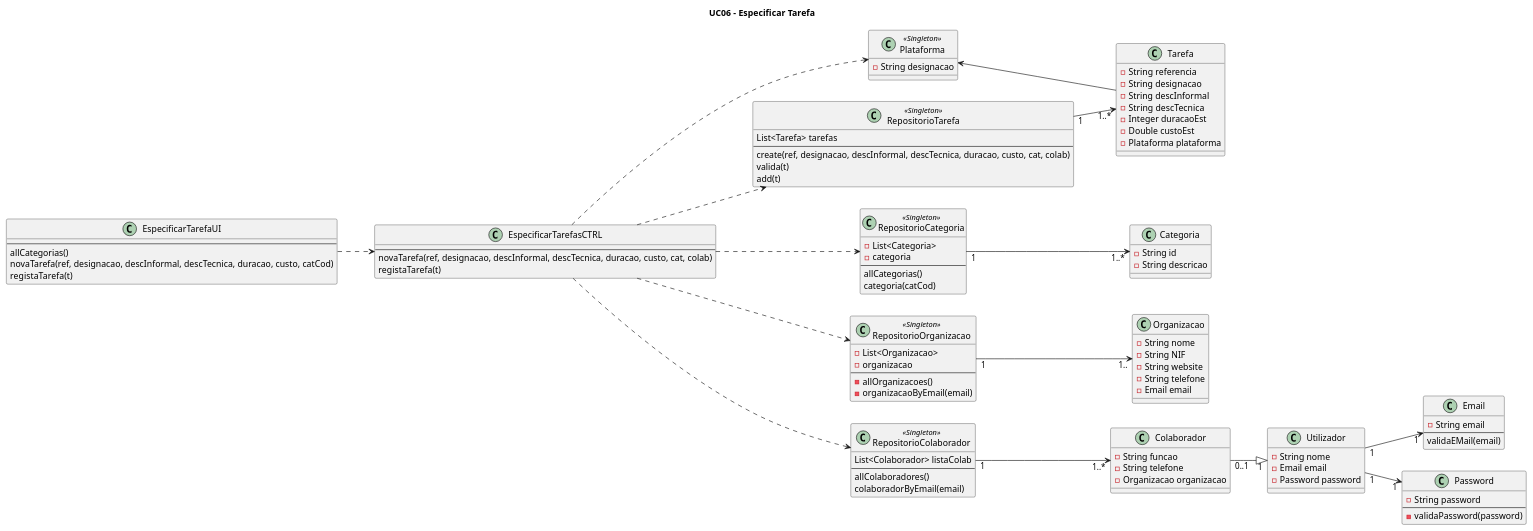
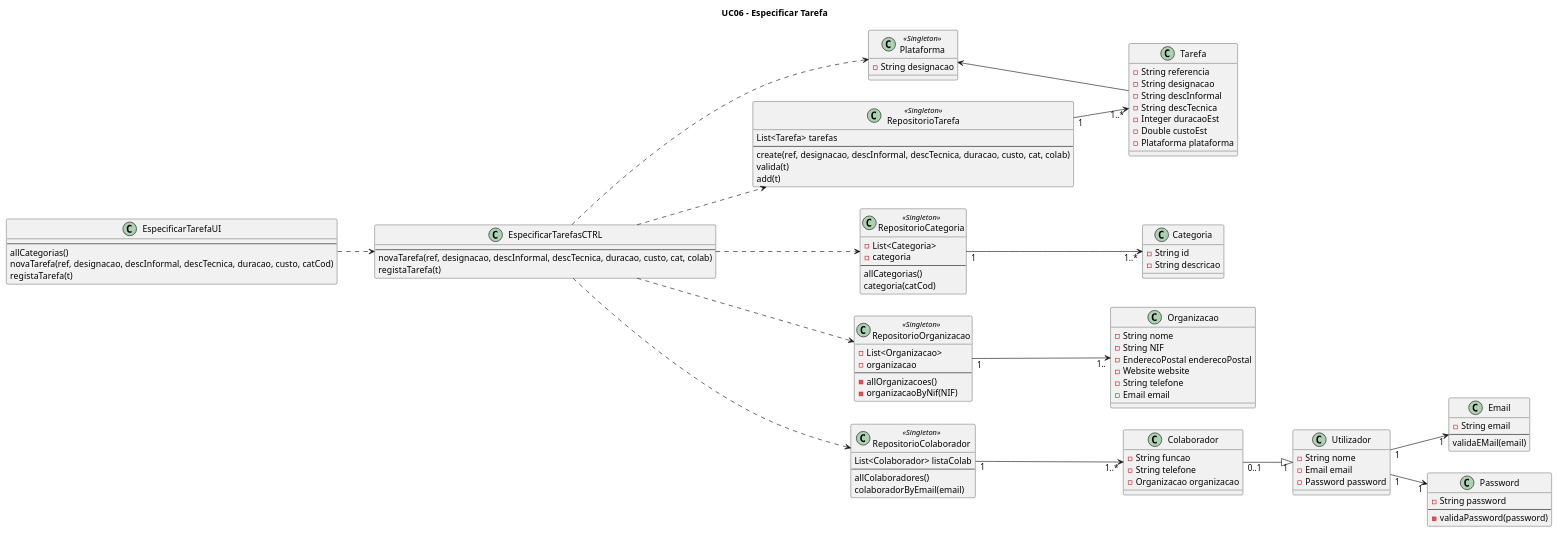
The diagram in Sprint 2 - Documentação/UC06_Especificar_Tarefa/UC06_Especificar_Tarefa_Diagrama_Classes.puml (blestonbandeiraUPSKILL/upskill_java1_labprg_grupo2), drawn with PlantUML before and after one commit. The commit also changed 1 other file, not shown here.

```diff
--- a/Sprint 2 - Documentação/UC06_Especificar_Tarefa/UC06_Especificar_Tarefa_Diagrama_Classes.puml
+++ b/Sprint 2 - Documentação/UC06_Especificar_Tarefa/UC06_Especificar_Tarefa_Diagrama_Classes.puml
@@ -1,116 +1,117 @@
 @startuml
 
 title UC06 - Especificar Tarefa
 left to right direction
 
 class Plataforma <<Singleton>> {
     -String designacao
 }
 
 class EspecificarTarefaUI {
     --
     allCategorias()
     novaTarefa(ref, designacao, descInformal, descTecnica, duracao, custo, catCod)
     registaTarefa(t)
 }
 
 class EspecificarTarefasCTRL {
     --
     novaTarefa(ref, designacao, descInformal, descTecnica, duracao, custo, cat, colab)
     registaTarefa(t)
 }
 
 class RepositorioTarefa <<Singleton>> {
     List<Tarefa> tarefas
     --
     create(ref, designacao, descInformal, descTecnica, duracao, custo, cat, colab)
     valida(t)
     add(t)
 }
 
 class RepositorioCategoria <<Singleton>>{
     -List<Categoria>
     -categoria
     --
     allCategorias()
     categoria(catCod)
 }
 
 class RepositorioOrganizacao <<Singleton>> {
     -List<Organizacao>
     -organizacao
     --
     -allOrganizacoes()
-    -organizacaoByEmail(email)
+    -organizacaoByNif(NIF)
 }
 
 class RepositorioColaborador <<Singleton>> {
     List<Colaborador> listaColab
     --
     allColaboradores()
     colaboradorByEmail(email)
 }
 
 class Organizacao {
     -String nome
     -String NIF
-    -String website
+    -EnderecoPostal enderecoPostal
+    -Website website
     -String telefone
     -Email email
 }
 
 class Colaborador {
     -String funcao
     -String telefone
     -Organizacao organizacao
 }
 
 class Tarefa {
     -String referencia
     -String designacao
     -String descInformal
     -String descTecnica
     -Integer duracaoEst
     -Double custoEst
     -Plataforma plataforma
 }
 
 class Utilizador {
     -String nome
     -Email email
     -Password password
 }
 
 class Categoria {
     -String id
     -String descricao
 }
 
 class Email {
     -String email
     --
     validaEMail(email)
 }
 
 class Password {
     -String password
     --
     -validaPassword(password)
 }
 
 Colaborador"0..1" --|> "1"Utilizador
 EspecificarTarefaUI ..> EspecificarTarefasCTRL
 EspecificarTarefasCTRL ..> Plataforma
 EspecificarTarefasCTRL ..> RepositorioCategoria
 EspecificarTarefasCTRL ..> RepositorioTarefa
 EspecificarTarefasCTRL ..> RepositorioOrganizacao
 RepositorioOrganizacao"1" --> "1.."Organizacao
 EspecificarTarefasCTRL ..> RepositorioColaborador
 RepositorioColaborador"1" --> "1..*"Colaborador
 RepositorioTarefa"1" --> "1..*"Tarefa
 RepositorioCategoria"1" --> "1..*"Categoria
 Plataforma <-- Tarefa
 Utilizador"1" --> "1"Email
 Utilizador"1" --> "1"Password
 
 @enduml
```
